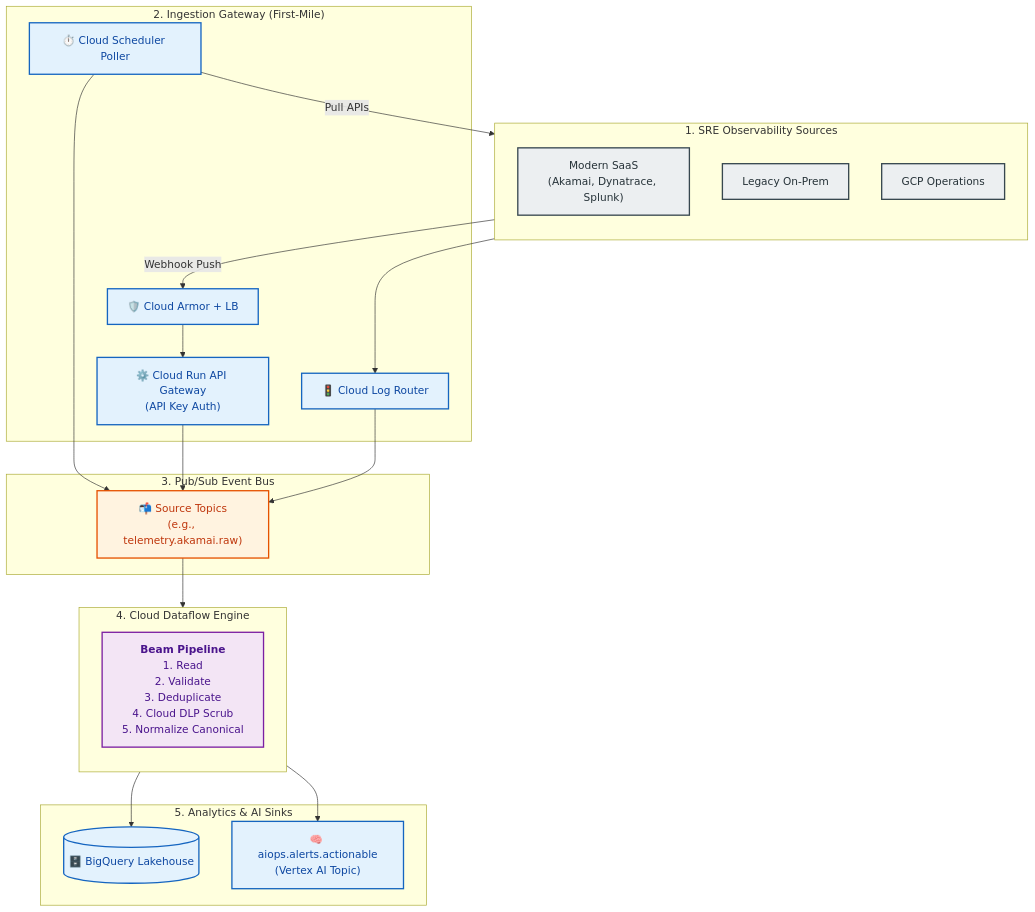
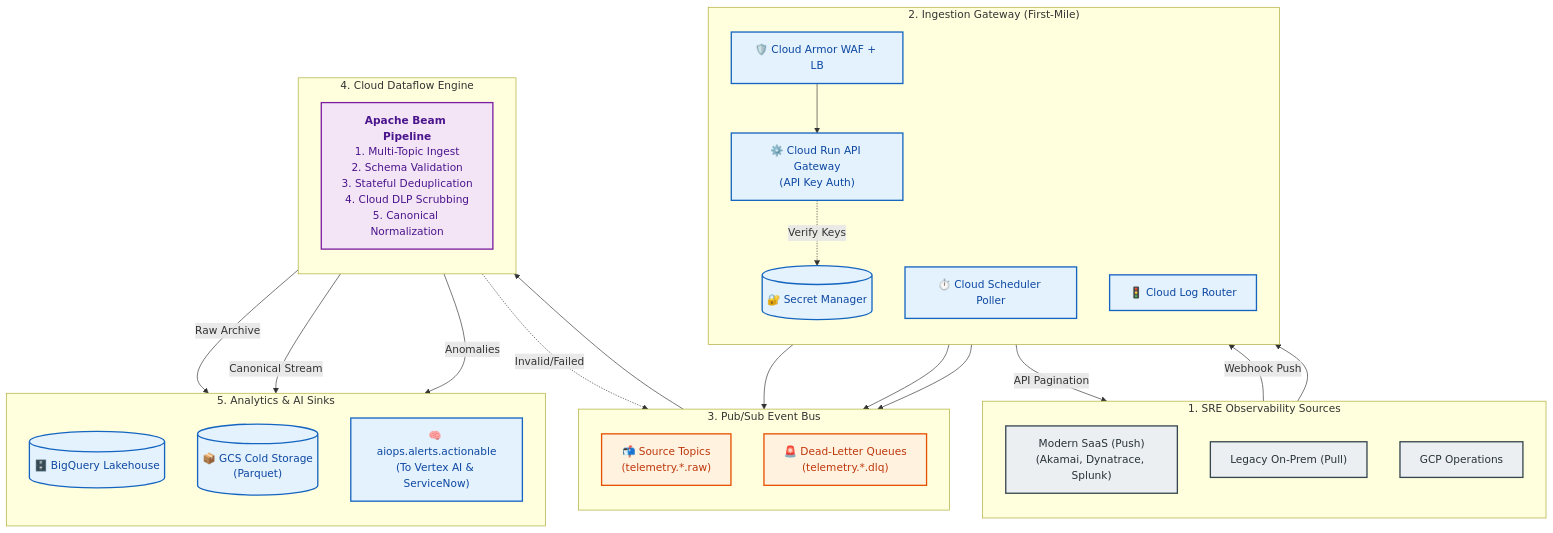
One commit to toanbui626391/aiops_architect changed the diagram in docs/architecture/01_ingestion/streaming_pipelines.md. Above: the diagram before and after it, drawn with Mermaid. The commit also changed other lines of this file, not shown here.

````diff
--- a/docs/architecture/01_ingestion/streaming_pipelines.md
+++ b/docs/architecture/01_ingestion/streaming_pipelines.md
@@ -37,61 +65,71 @@
 ```mermaid
 flowchart TD
     %% 1. SOURCES
     subgraph Sources["1. SRE Observability Sources"]
         direction TB
-        SaaS["Modern SaaS<br/>(Akamai, Dynatrace, Splunk)"]
-        Legacy["Legacy On-Prem"]
+        SaaS["Modern SaaS (Push)<br/>(Akamai, Dynatrace, Splunk)"]
+        Legacy["Legacy On-Prem (Pull)"]
         GCPNative["GCP Operations"]
     end
 
     %% 2. GATEWAY
     subgraph Gateway["2. Ingestion Gateway (First-Mile)"]
-        WAF["🛡️ Cloud Armor + LB"]
+        direction TB
+        WAF["🛡️ Cloud Armor WAF + LB"]
         CR["⚙️ Cloud Run API Gateway<br/>(API Key Auth)"]
         Poll["⏱️ Cloud Scheduler Poller"]
         Sink["🚦 Cloud Log Router"]
+        Secrets[("🔐 Secret Manager")]
     end
 
     %% 3. PUB/SUB
     subgraph PubSub["3. Pub/Sub Event Bus"]
-        Topics["📬 Source Topics<br/>(e.g., telemetry.akamai.raw)"]
+        direction TB
+        Topics["📬 Source Topics<br/>(telemetry.*.raw)"]
+        DLQ["🚨 Dead-Letter Queues<br/>(telemetry.*.dlq)"]
     end
 
     %% 4. DATAFLOW
     subgraph Dataflow["4. Cloud Dataflow Engine"]
         direction TB
-        DF["<b>Beam Pipeline</b><br/>1. Read<br/>2. Validate<br/>3. Deduplicate<br/>4. Cloud DLP Scrub<br/>5. Normalize Canonical"]
+        DF["<b>Apache Beam Pipeline</b><br/>1. Multi-Topic Ingest<br/>2. Schema Validation<br/>3. Stateful Deduplication<br/>4. Cloud DLP Scrubbing<br/>5. Canonical Normalization"]
     end
 
     %% 5. SINKS
     subgraph Sinks["5. Analytics & AI Sinks"]
+        direction TB
         BQ[("🗄️ BigQuery Lakehouse")]
-        AI["🧠 aiops.alerts.actionable<br/>(Vertex AI Topic)"]
+        GCS[("📦 GCS Cold Storage<br/>(Parquet)")]
+        AI["🧠 aiops.alerts.actionable<br/>(To Vertex AI & ServiceNow)"]
     end
 
     %% CONNECTIONS
     SaaS -->|"Webhook Push"| WAF
     WAF --> CR
+    CR -.->|"Verify Keys"| Secrets
     CR --> Topics
     
-    Poll -->|"Pull APIs"| Legacy
+    Poll -->|"API Pagination"| Legacy
     Poll --> Topics
 
     GCPNative --> Sink
     Sink --> Topics
 
     Topics --> DF
-    DF --> BQ
-    DF --> AI
+    DF -.->|"Invalid/Failed"| DLQ
+    
+    DF -->|"Raw Archive"| GCS
+    DF -->|"Canonical Stream"| BQ
+    DF -->|"Anomalies"| AI
 
     %% STYLING
     classDef ext fill:#ECEFF1,stroke:#37474F,stroke-width:2px,color:#263238;
     classDef gcp fill:#E3F2FD,stroke:#1565C0,stroke-width:2px,color:#0D47A1;
     classDef ps fill:#FFF3E0,stroke:#E65100,stroke-width:2px,color:#BF360C;
     classDef df fill:#F3E5F5,stroke:#7B1FA2,stroke-width:2px,color:#4A148C;
 
     class SaaS,Legacy,GCPNative ext;
-    class WAF,CR,Poll,Sink,BQ,AI gcp;
-    class Topics ps;
+    class WAF,CR,Poll,Sink,Secrets,BQ,GCS,AI gcp;
+    class Topics,DLQ ps;
     class DF df;
 ```
````
